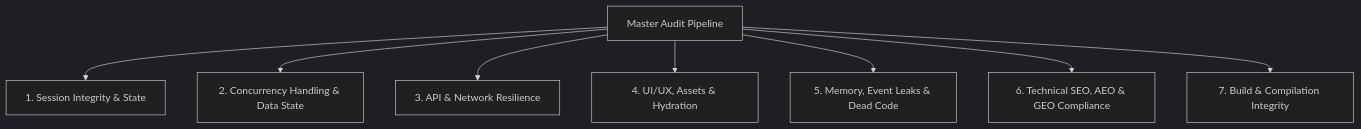
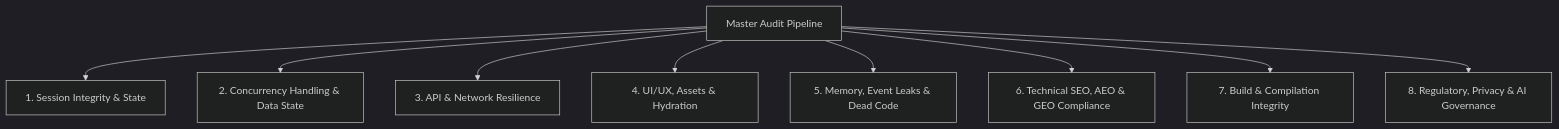
One commit to Kryptopacy/pacy-codebase-auditor changed the diagram in SKILL.md. Above: the diagram before and after it, drawn with Mermaid (dark theme). The commit also changed other lines of this file, not shown here.

Commit message:
feat(auditor): comprehensive cross-project regulatory compliance, licensing boundaries & AI liability shield

````diff
--- a/SKILL.md
+++ b/SKILL.md
@@ -78,10 +78,11 @@
 ```mermaid
 graph TD
     A[Master Audit Pipeline] --> B[1. Session Integrity & State]
     A --> C[2. Concurrency Handling & Data State]
     A --> D[3. API & Network Resilience]
     A --> E[4. UI/UX, Assets & Hydration]
     A --> F[5. Memory, Event Leaks & Dead Code]
     A --> G[6. Technical SEO, AEO & GEO Compliance]
     A --> H[7. Build & Compilation Integrity]
+    A --> I[8. Regulatory, Privacy & AI Governance]
 ```
````
